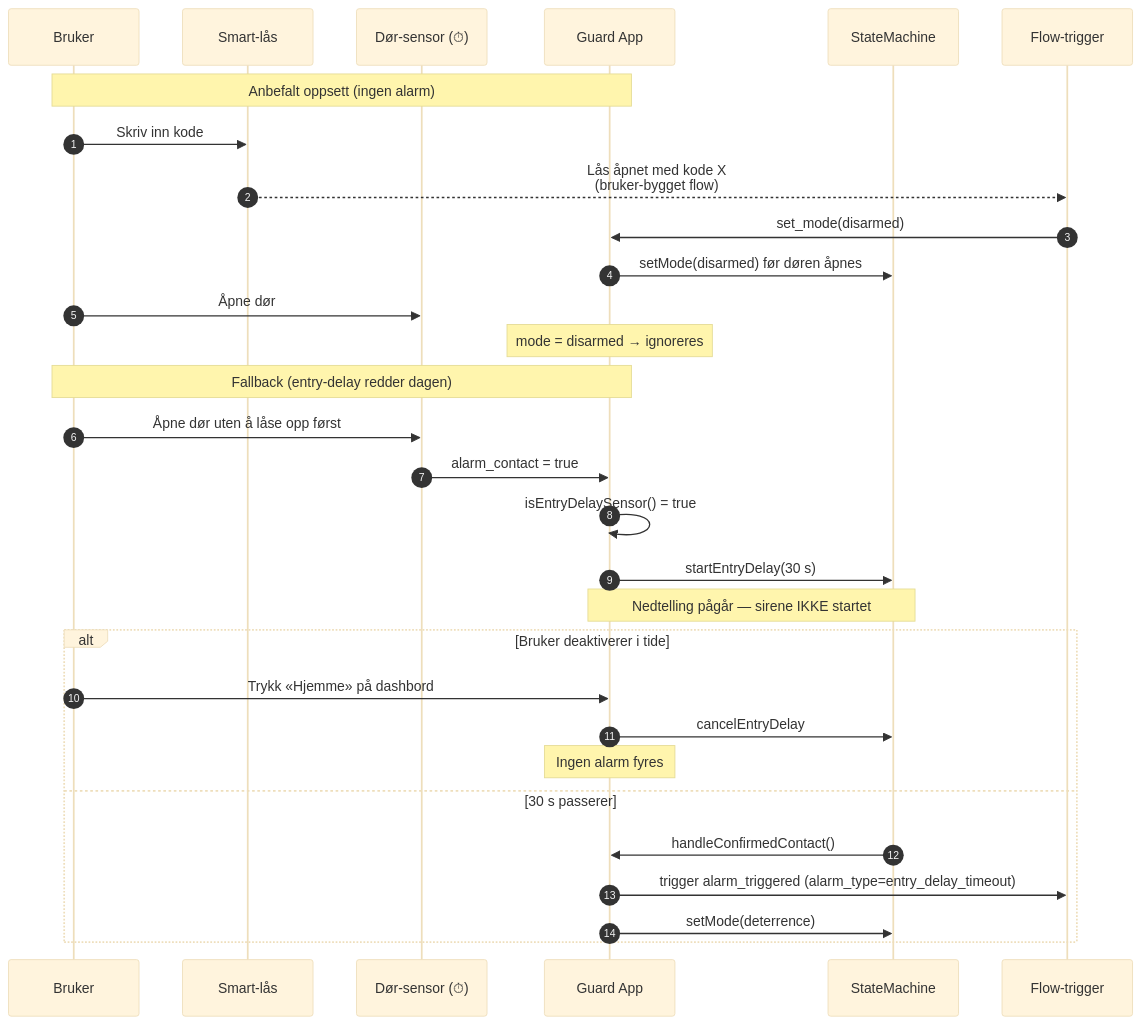
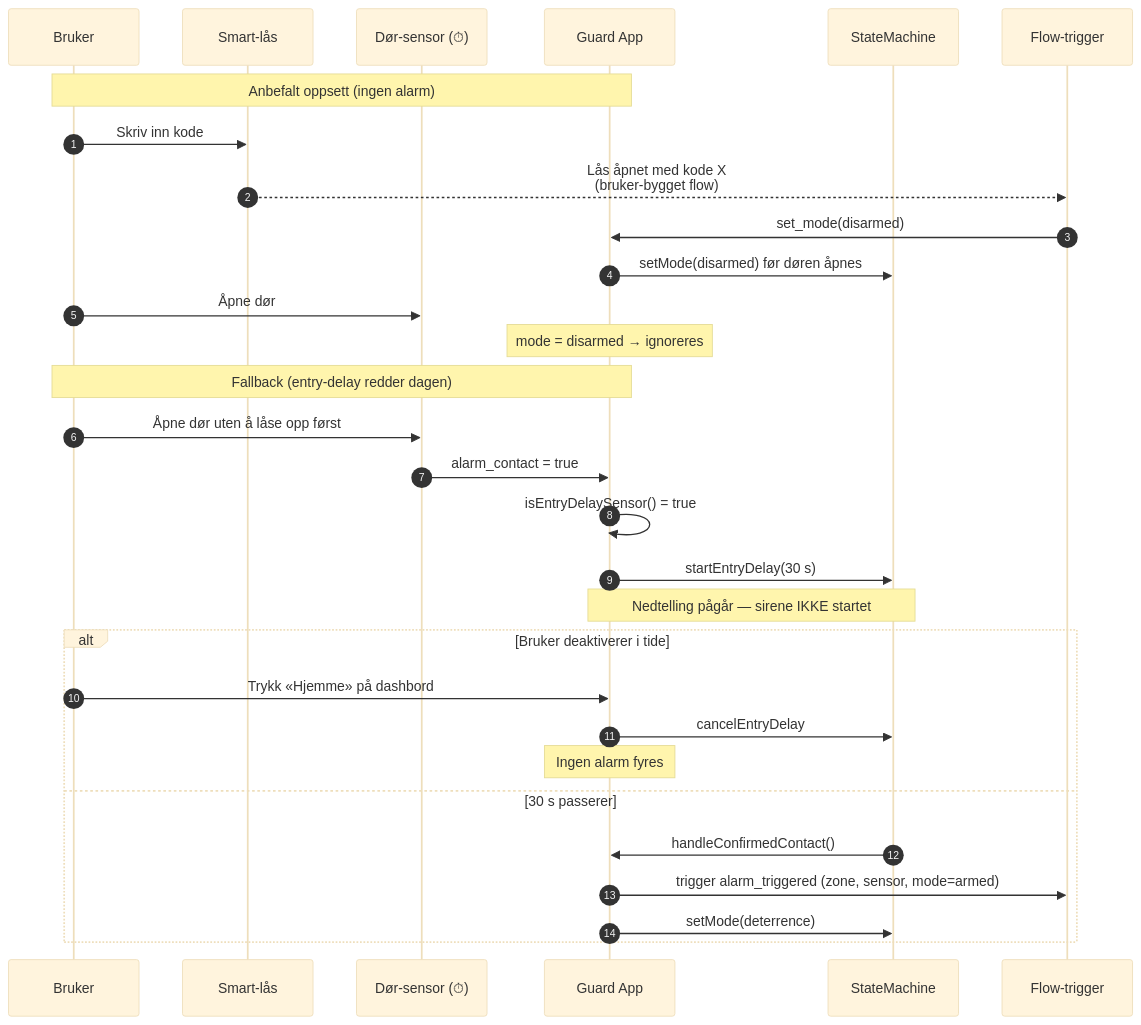
The fourth of 5 diagrams in README.md (thomasekdahlN/homeyaloneguard), drawn with Mermaid (base theme) before and after one commit. The commit also changed other lines of this file and 22 other files, not shown here.

First line of the commit message:
feat: refactor mode naming and flow architecture

````diff
--- a/README.md
+++ b/README.md
@@ -152,34 +159,34 @@
 ```mermaid
 sequenceDiagram
   autonumber
   participant U as Bruker
   participant L as Smart-lås
   participant D as Dør-sensor (⏱)
   participant App as Guard App
   participant SM as StateMachine
   participant F as Flow-trigger
 
   Note over U,App: Anbefalt oppsett (ingen alarm)
   U->>L: Skriv inn kode
   L-->>F: Lås åpnet med kode X<br/>(bruker-bygget flow)
   F->>App: set_mode(disarmed)
   App->>SM: setMode(disarmed) før døren åpnes
   U->>D: Åpne dør
   Note over App: mode = disarmed → ignoreres
 
   Note over U,App: Fallback (entry-delay redder dagen)
   U->>D: Åpne dør uten å låse opp først
   D->>App: alarm_contact = true
   App->>App: isEntryDelaySensor() = true
   App->>SM: startEntryDelay(30 s)
   Note over App,SM: Nedtelling pågår — sirene IKKE startet
   alt Bruker deaktiverer i tide
     U->>App: Trykk «Hjemme» på dashbord
     App->>SM: cancelEntryDelay
     Note over App: Ingen alarm fyres
   else 30 s passerer
     SM->>App: handleConfirmedContact()
-    App->>F: trigger alarm_triggered (alarm_type=entry_delay_timeout)
+    App->>F: trigger alarm_triggered (zone, sensor, mode=armed)
     App->>SM: setMode(deterrence)
   end
 ```
````
